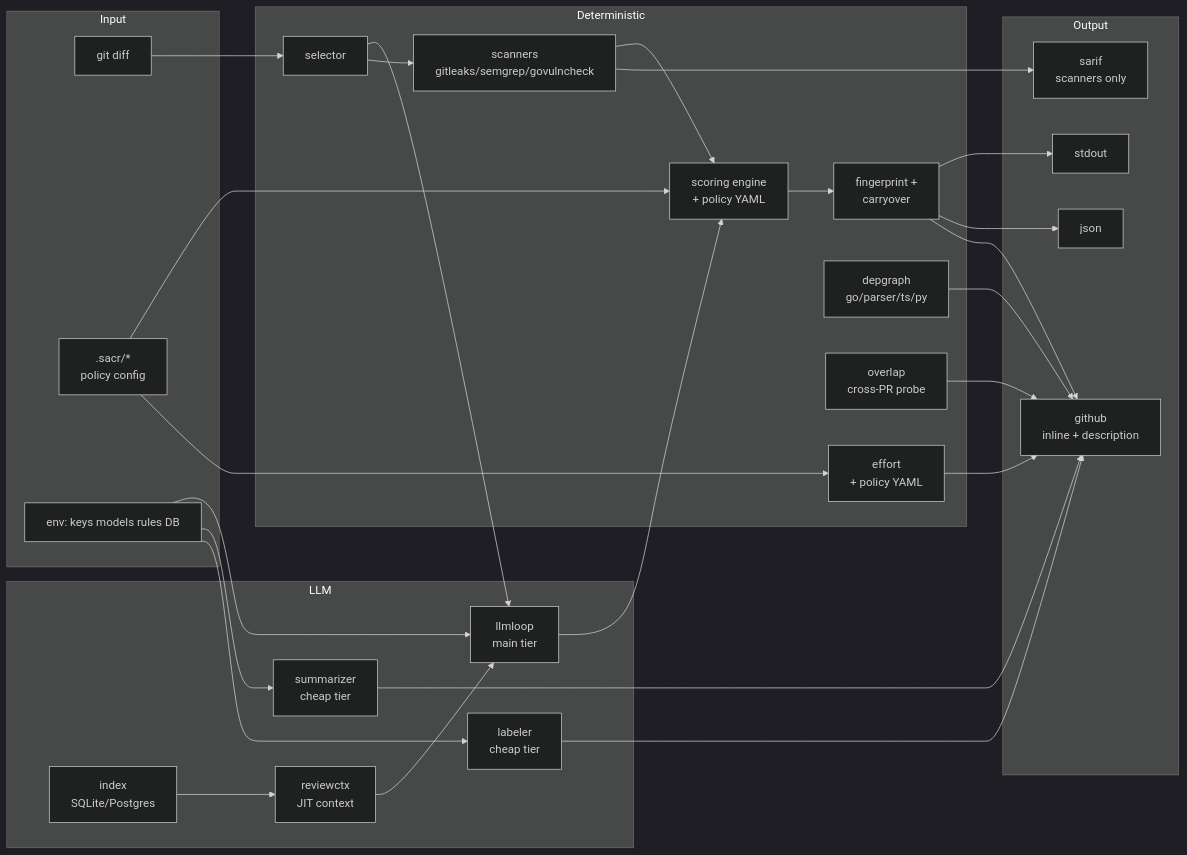
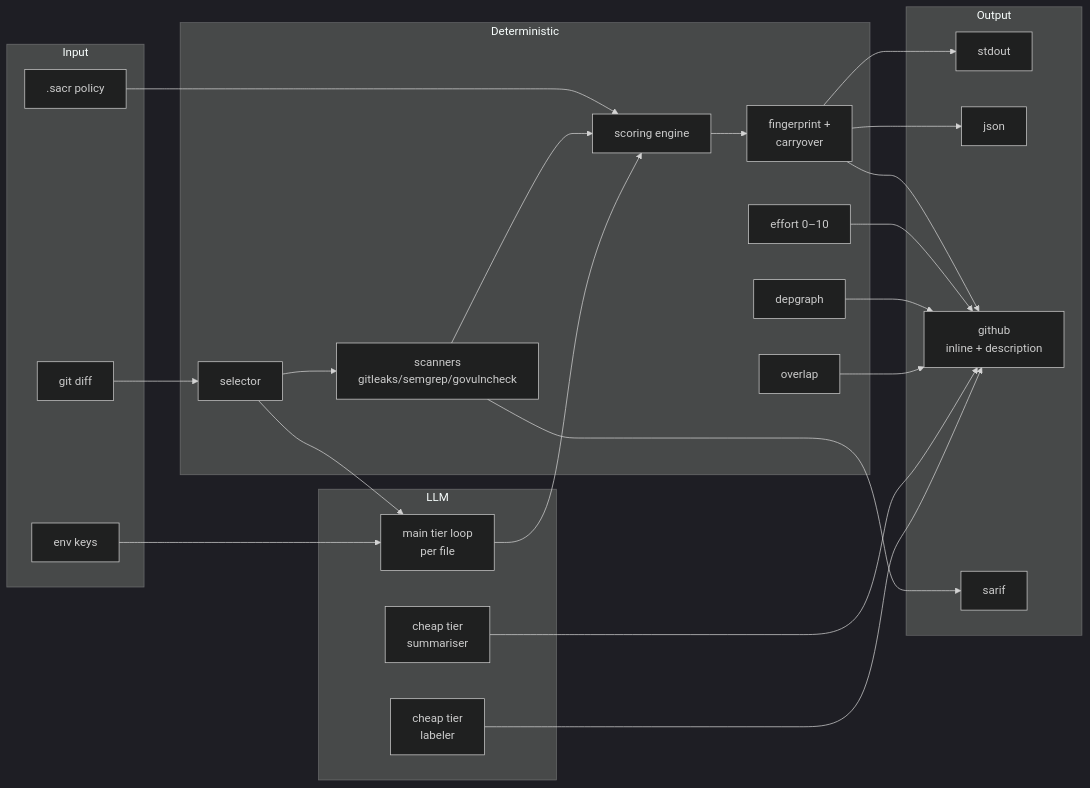
One commit to shubam-disseqt/shubam-ai-code-reviewer changed the diagram in README.md. Above: the diagram before and after it, drawn with Mermaid (dark theme). The commit also changed other lines of this file and 5 other files, not shown here.

````diff
--- a/README.md
+++ b/README.md
@@ -89,52 +95,46 @@
 ```mermaid
 flowchart LR
   subgraph Input
     A1[git diff]
-    A2[.sacr/*<br/>policy config]
-    A3[env: keys models rules DB]
+    A2[.sacr policy]
+    A3[env keys]
   end
 
   subgraph Deterministic
     B1[selector]
     B2[scanners<br/>gitleaks/semgrep/govulncheck]
-    B3[scoring engine<br/>+ policy YAML]
+    B3[scoring engine]
     B4[fingerprint +<br/>carryover]
-    B5[effort<br/>+ policy YAML]
-    B6[depgraph<br/>go/parser/ts/py]
-    B7[overlap<br/>cross-PR probe]
+    B5[effort 0–10]
+    B6[depgraph]
+    B7[overlap]
   end
 
   subgraph LLM
-    C1[llmloop<br/>main tier]
-    C2[summarizer<br/>cheap tier]
-    C3[labeler<br/>cheap tier]
-    C4[index<br/>SQLite/Postgres]
-    C5[reviewctx<br/>JIT context]
+    C1[main tier loop<br/>per file]
+    C2[cheap tier<br/>summariser]
+    C3[cheap tier<br/>labeler]
   end
 
   subgraph Output
     D1[stdout]
     D2[json]
     D3[github<br/>inline + description]
-    D4[sarif<br/>scanners only]
+    D4[sarif]
   end
 
   A1 --> B1 --> C1
   A2 --> B3
-  A2 --> B5
   A3 --> C1
-  A3 --> C2
-  A3 --> C3
   B1 --> B2 --> B3
   C1 --> B3
   B3 --> B4 --> D1
   B4 --> D2
   B4 --> D3
   B2 --> D4
   B5 --> D3
   B6 --> D3
   B7 --> D3
   C2 --> D3
   C3 --> D3
-  C4 --> C5 --> C1
 ```
````
